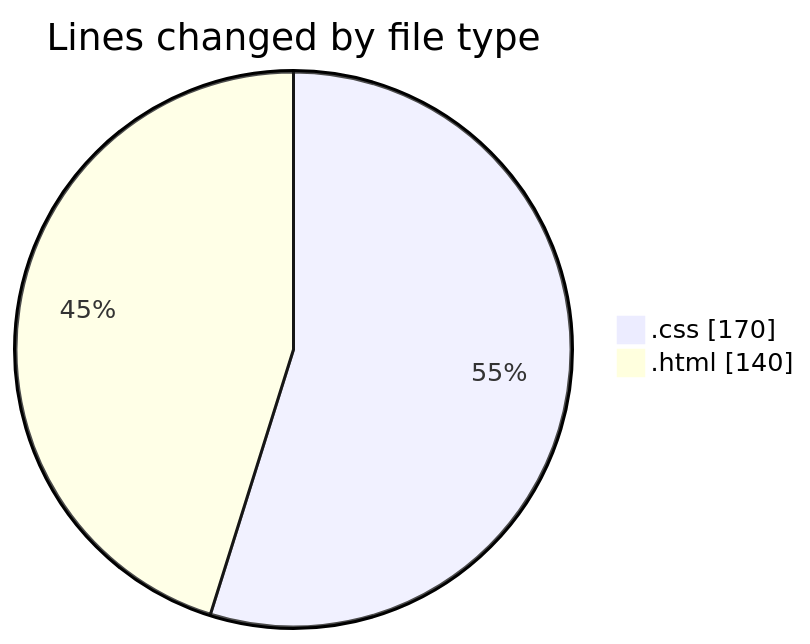
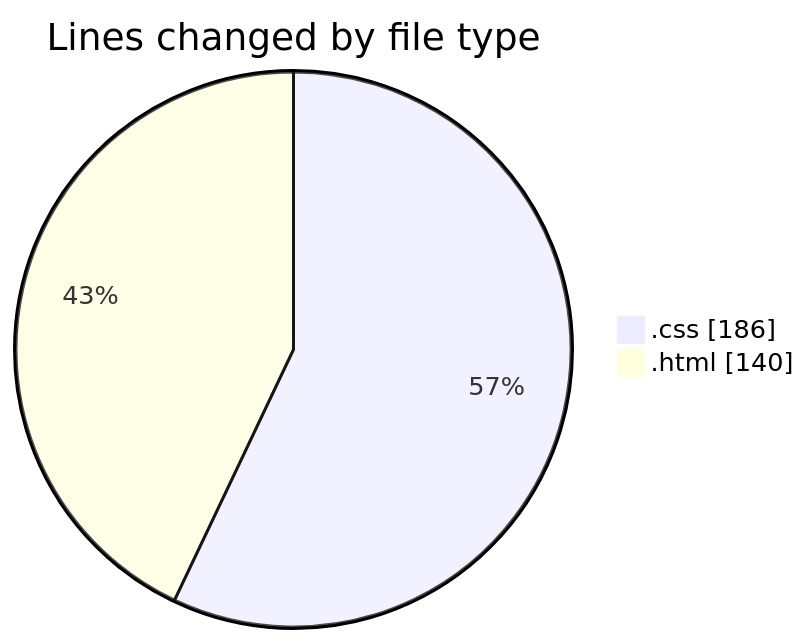
The first of 2 diagrams in 2025-02-07/recipe-page-main/README.md (NitaiMahat/code-tracking), drawn with Mermaid before and after one commit. The commit also changed other lines of this file and 1 other file, not shown here.

````diff
--- a/2025-02-07/recipe-page-main/README.md
+++ b/2025-02-07/recipe-page-main/README.md
@@ -21,6 +21,6 @@
 ```mermaid
 pie showData
 title Lines changed by file type
-".css" : 170
+".css" : 186
 ".html" : 140
 ```
````
